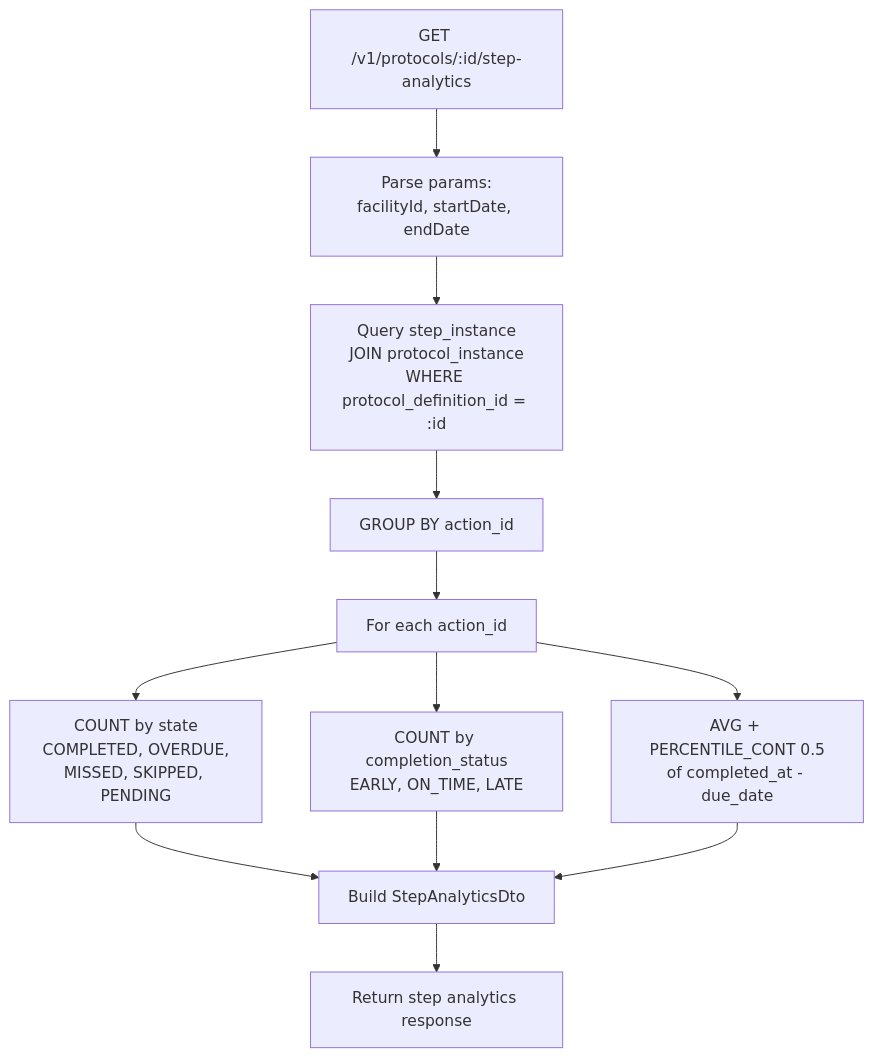
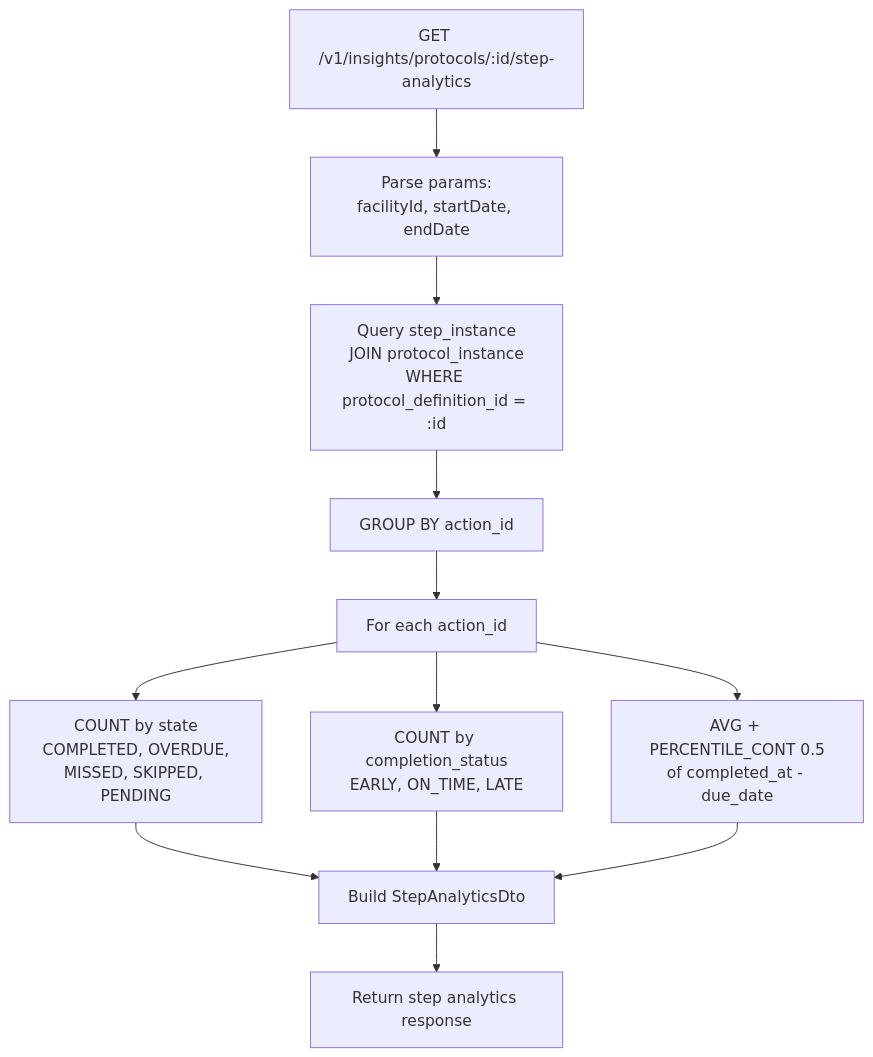
Diagram 11 of 27 in docs/flow-diagrams.md (AjishaVayoli-Tarento/cce-insights-service), drawn with Mermaid before and after one commit. The commit also changed other lines of this file and 27 other files, not shown here.

````diff
--- a/docs/flow-diagrams.md
+++ b/docs/flow-diagrams.md
@@ -226,17 +226,17 @@
 ```mermaid
 flowchart TD
-    A[GET /v1/protocols/:id/step-analytics] --> B[Parse params:<br/>facilityId, startDate, endDate]
+    A[GET /v1/insights/protocols/:id/step-analytics] --> B[Parse params:<br/>facilityId, startDate, endDate]
     B --> C[Query step_instance<br/>JOIN protocol_instance<br/>WHERE protocol_definition_id = :id]
     C --> D[GROUP BY action_id]
     D --> E[For each action_id]
 
     E --> F[COUNT by state<br/>COMPLETED, OVERDUE,<br/>MISSED, SKIPPED, PENDING]
     E --> G[COUNT by completion_status<br/>EARLY, ON_TIME, LATE]
     E --> H[AVG + PERCENTILE_CONT 0.5<br/>of completed_at - due_date]
 
     F --> I[Build StepAnalyticsDto]
     G --> I
     H --> I
 
     I --> J[Return step analytics response]
 ```
````
